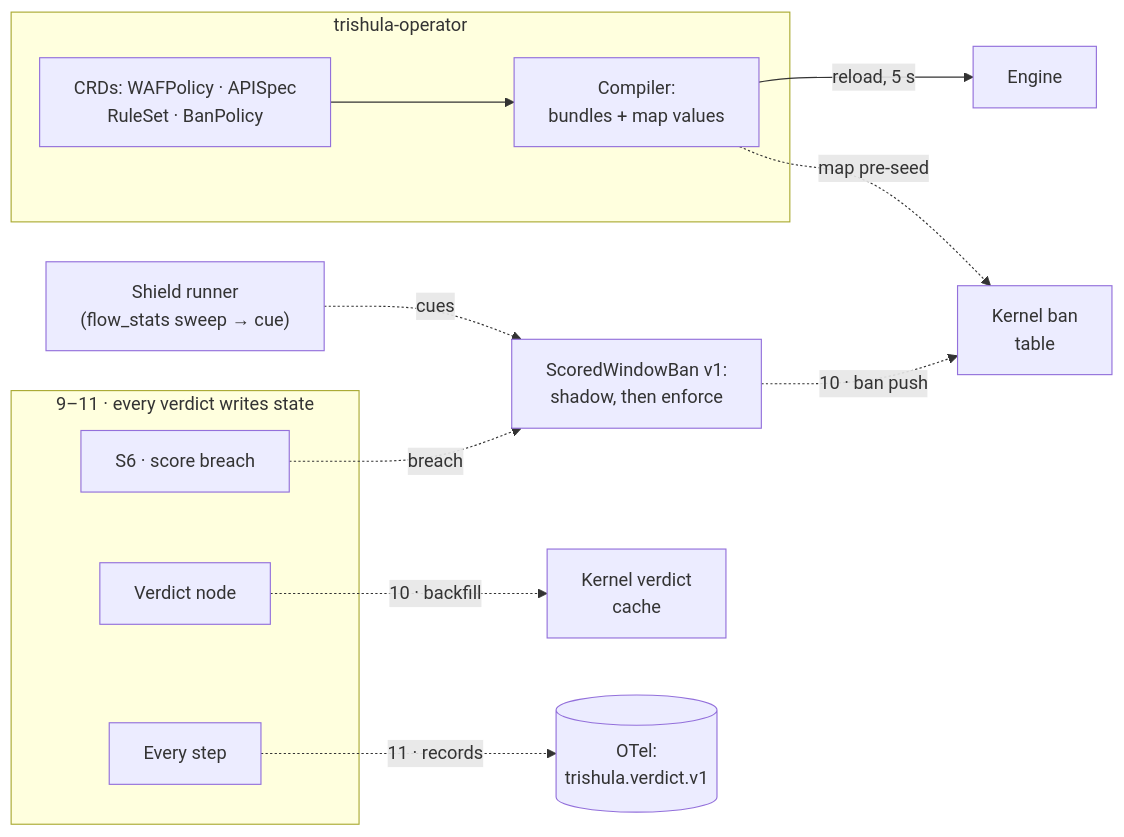
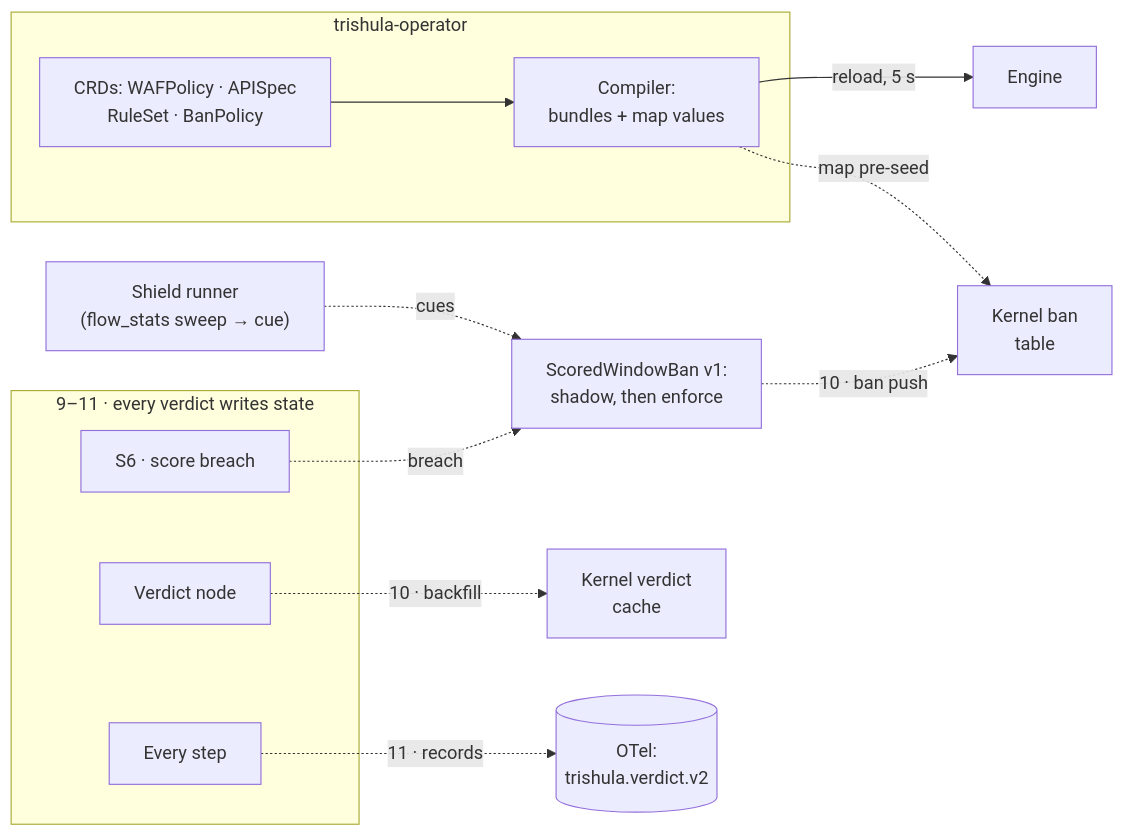
The fourth of 5 diagrams in index.qmd (trishula-dev/trishula-website), drawn with Mermaid before and after one commit. The commit also changed other lines of this file and 3 other files, not shown here.

Commit message:
docs(website): the 2026.01 (GA) roadmap rows + the verdict-record v2 text (#82)

````diff
--- a/index.qmd
+++ b/index.qmd
@@ -161,26 +161,26 @@
 ```{mermaid}
 %%| label: fig-state
 %%| fig-cap: "The state returns: bans travel kernel-ward; verdicts backfill the cache; every step records telemetry; the operator supplies bundles and seeds the maps. Back to [the edge](#fig-kernel)."
 flowchart LR
     subgraph SRC["9–11 · every verdict writes state"]
         S6X["S6 · score breach"]
         VX["Verdict node"]
         LDX["Every step"]
     end
 
     SWB["ScoredWindowBan v1:<br/>shadow, then enforce"]
     S6X -.->|breach| SWB
     DOS["Shield runner<br/>(flow_stats sweep → cue)"] -.->|"cues"| SWB
     SWB -.->|"10 · ban push"| KB["Kernel ban<br/>table"]
     VX -.->|"10 · backfill"| KC["Kernel verdict<br/>cache"]
-    LDX -.->|"11 · records"| TEL[("OTel:<br/>trishula.verdict.v1")]
+    LDX -.->|"11 · records"| TEL[("OTel:<br/>trishula.verdict.v2")]
 
     subgraph CP["trishula-operator"]
         CRD["CRDs: WAFPolicy · APISpec<br/>RuleSet · BanPolicy"] --> COMP["Compiler:<br/>bundles + map values"]
     end
     COMP -->|"reload, 5 s"| ENG["Engine"]
     COMP -.->|"map pre-seed"| KB
 
     click KB "#fig-kernel" "The kernel plane"
     click ENG "#fig-gateway" "The engine"
 ```
````
